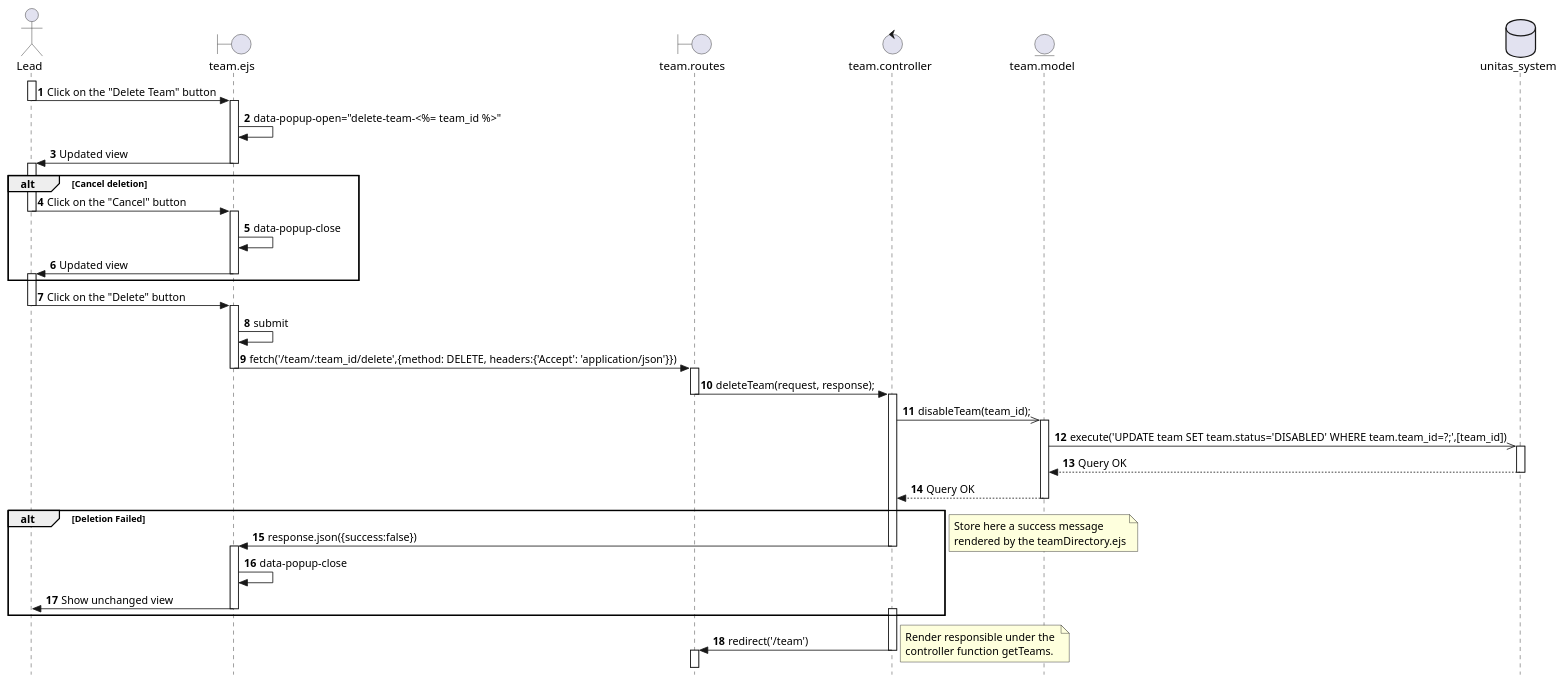
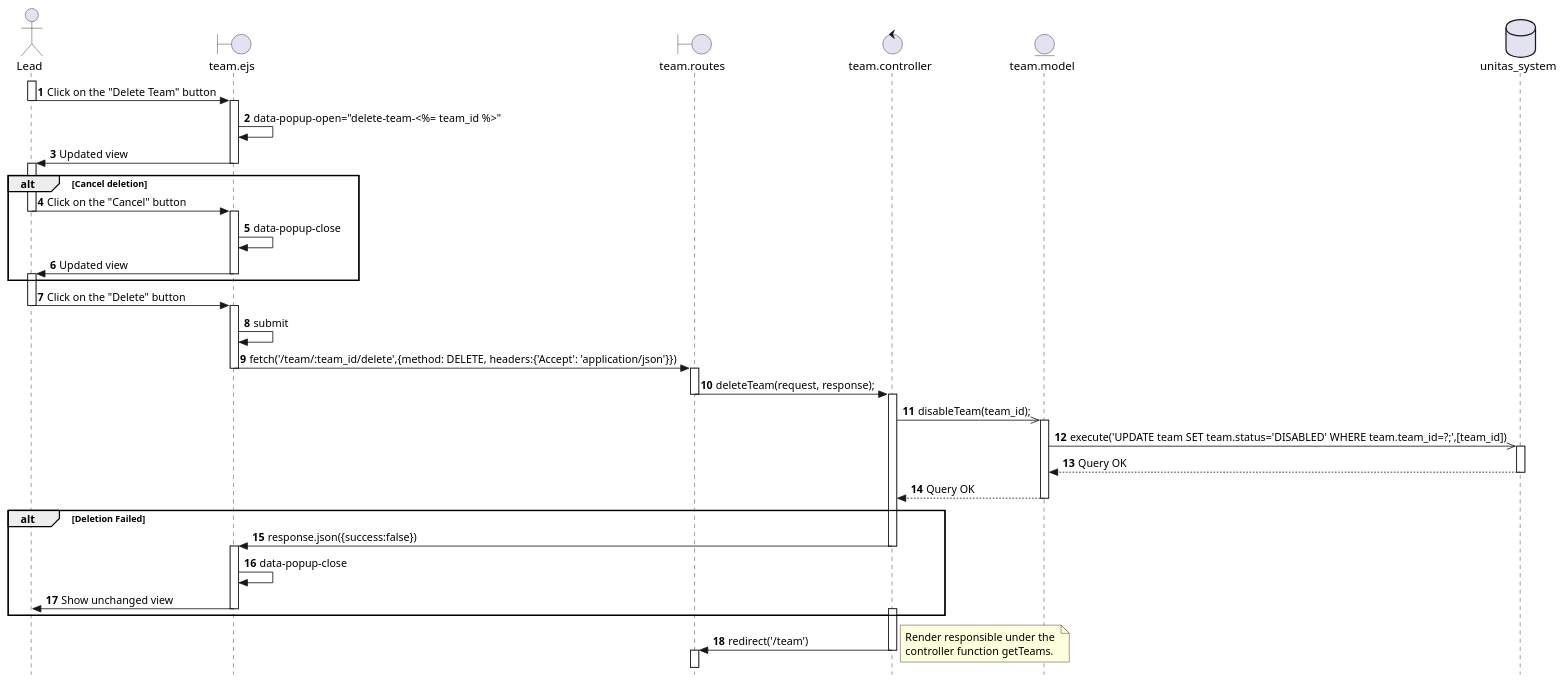
One commit to Berthou05/LimboSoftwareDevelopment_Change.org changed the diagram in documentation/sequence_diagrams/TEAM-03-SD.puml. Above: the diagram before and after it, drawn with PlantUML. The commit also changed 14 other files, not shown here.

```diff
--- a/documentation/sequence_diagrams/TEAM-03-SD.puml
+++ b/documentation/sequence_diagrams/TEAM-03-SD.puml
@@ -1,79 +1,75 @@
 @startuml
 autonumber
 skinparam Style strictuml
 
 actor Lead as L
 boundary "team.ejs" as V
 boundary "team.routes" as RO
 control "team.controller" as C
 entity "team.model" as T
 database "unitas_system" as BD
 
 autonumber
 
 activate L
 L->V:Click on the "Delete Team" button
 deactivate L
     activate V
     V->V:data-popup-open="delete-team-<%= team_id %>"
     V->L:Updated view
     deactivate V
 
 alt Cancel deletion
 activate L
 L->V:Click on the "Cancel" button
 deactivate L
     activate V
     V->V:data-popup-close
     V->L:Updated view
     deactivate V
 activate L
 end
 L->V:Click on the "Delete" button
 deactivate L
     activate V
     V->V:submit
     V->RO:fetch('/team/:team_id/delete',{method: DELETE, headers:{'Accept': 'application/json'}})
     deactivate V
         activate RO
         RO->C: deleteTeam(request, response);
         deactivate RO
             activate C
             C->>T:disableTeam(team_id);
                 activate T
                 T->>BD:execute('UPDATE team SET team.status='DISABLED' WHERE team.team_id=?;',[team_id])
                     activate BD
                     BD-->T: Query OK
                     deactivate BD
                 T-->C: Query OK
                 deactivate T
 
 alt Deletion Failed
             C->V:response.json({success:false})
             deactivate C
     activate V
     V->V:data-popup-close
     V->L:Show unchanged view
     deactivate V
     activate C
-end
-            
-            note right
-            Store here a success message 
-            rendered by the teamDirectory.ejs
-            end note
+end         
+
             C->RO: redirect('/team')
             deactivate C
     activate RO
     note right
         Render responsible under the 
         controller function getTeams.
     end note
     deactivate RO
             
 
 
             
     
 
 @enduml
```
